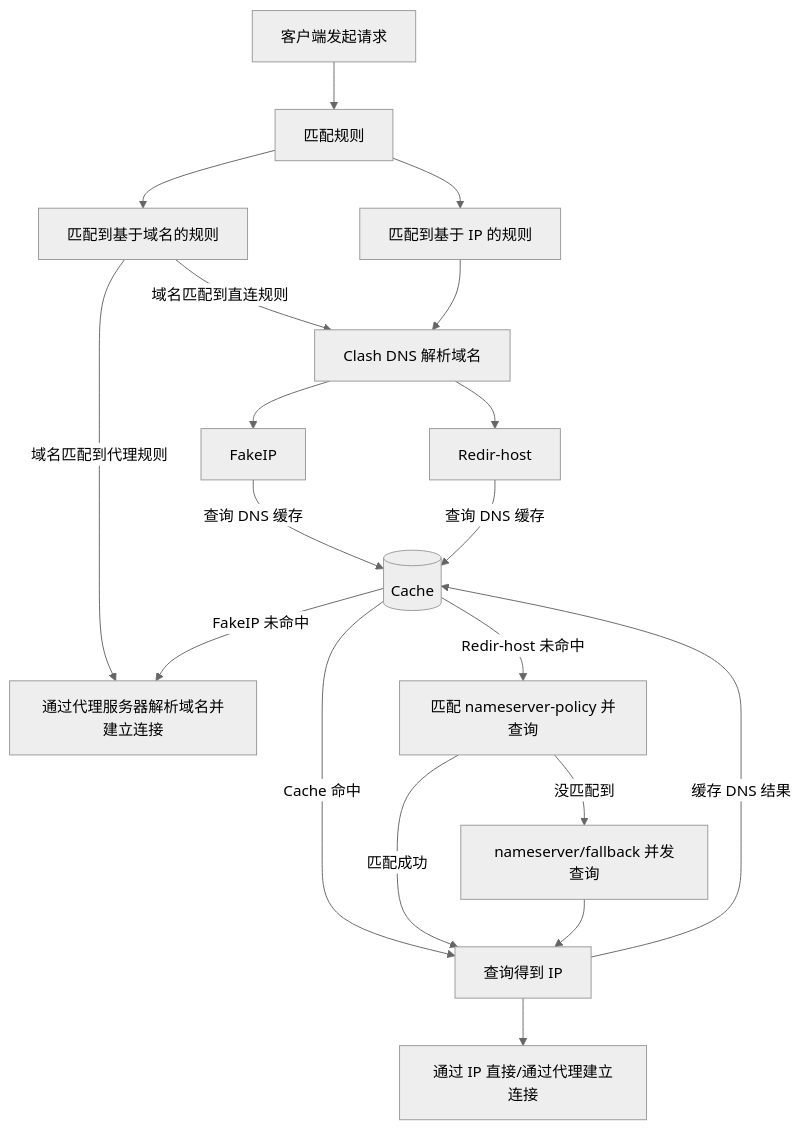
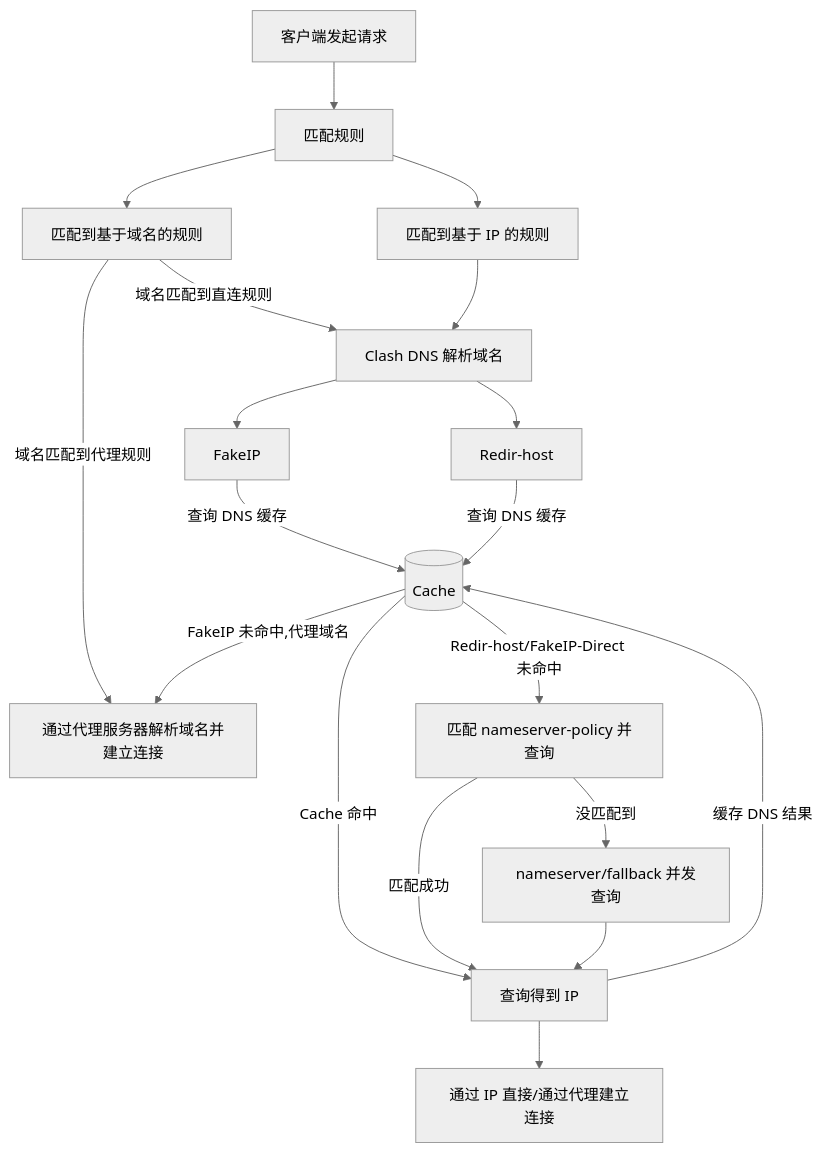
One commit to MetaCubeX/Meta-Docs changed the diagram in docs/config/dns/diagram.md. Above: the diagram before and after it, drawn with Mermaid (neutral theme). The commit also changed other lines of this file and 1 other file, not shown here.

````diff
--- a/docs/config/dns/diagram.md
+++ b/docs/config/dns/diagram.md
@@ -5,30 +27,30 @@
 ```mermaid
 flowchart TD
   Start[客户端发起请求] --> rule[匹配规则]
   rule -->  Domain[匹配到基于域名的规则]
   rule --> IP[匹配到基于 IP 的规则]
 
   Domain --> |域名匹配到直连规则|DNS
   IP --> DNS[Clash DNS 解析域名]
 
 
   Domain --> |域名匹配到代理规则|Remote[通过代理服务器解析域名并建立连接]
 
-  Cache --> |Redir-host 未命中|NS[匹配 nameserver-policy 并查询 ]
+  Cache --> |Redir-host/FakeIP-Direct 未命中|NS[匹配 nameserver-policy 并查询 ]
   Cache --> |Cache 命中|Get
-  Cache --> |FakeIP 未命中|Remote
+  Cache --> |FakeIP 未命中,代理域名|Remote
 
   NS --> |匹配成功| Get[将查询到的 IP 用于匹配 IP 规则]
   NS --> |没匹配到| NF[nameserver/fallback 并发查询]
 
   NF --> Get[查询得到 IP]
   Get --> |缓存 DNS 结果|Cache[(Cache)]
   Get --> S[通过 IP 直接/通过代理建立连接]
 
   DNS --> Redir-host
   DNS --> FakeIP
   FakeIP --> |查询 DNS 缓存|Cache
   Redir-host --> |查询 DNS 缓存| Cache
 
 
 ```
````
